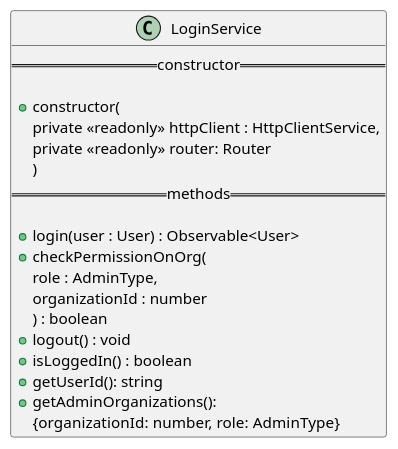
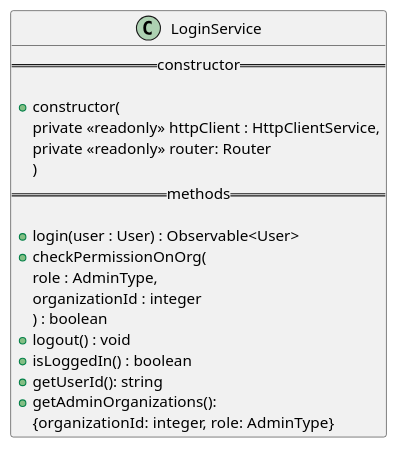
Before and after one commit to GruppOne/stalker-web-app: the diagram in docs/diagrams/services/loginservice.pu, drawn with PlantUML. The commit also changed 22 other files, not shown here.

Commit message:
docs: improve class diagrams, add allegato tecnico structure

```diff
--- a/docs/diagrams/services/loginservice.pu
+++ b/docs/diagrams/services/loginservice.pu
@@ -1,22 +1,22 @@
 @startuml LoginService
 class LoginService {
   == constructor ==
 
   + constructor(
     private <<readonly>> httpClient : HttpClientService,
     private <<readonly>> router: Router
     )
   == methods ==
 
   + login(user : User) : Observable<User>
   + checkPermissionOnOrg(
     role : AdminType,
-    organizationId : number
+    organizationId : integer
     ) : boolean
   + logout() : void
   + isLoggedIn() : boolean
   + getUserId(): string
   + getAdminOrganizations():
-  {organizationId: number, role: AdminType}
+  {organizationId: integer, role: AdminType}
 }
 @enduml
```
